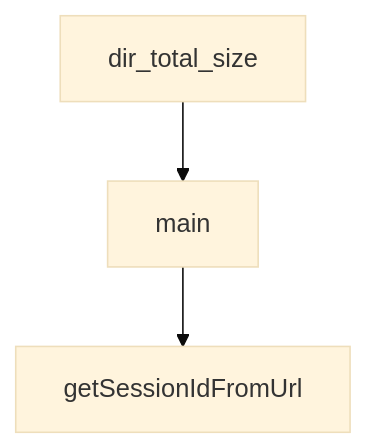
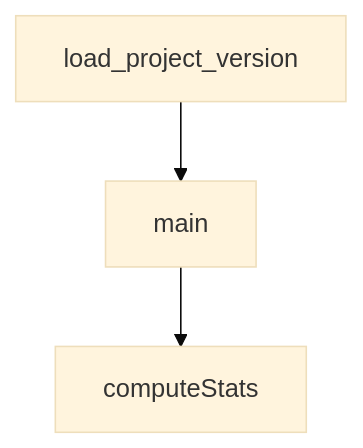
One commit to johnxie/awesome-code-docs changed the diagram in tutorials/kimi-cli-tutorial/04-mcp-tooling-and-security-model.md. Above: the diagram before and after it, drawn with Mermaid (base theme). The commit also changed other lines of this file and 1232 other files, not shown here.

````diff
--- a/tutorials/kimi-cli-tutorial/04-mcp-tooling-and-security-model.md
+++ b/tutorials/kimi-cli-tutorial/04-mcp-tooling-and-security-model.md
@@ -172,8 +170,8 @@
 ```mermaid
 flowchart TD
-    A[dir_total_size]
+    A[load_project_version]
     B[main]
-    C[getSessionIdFromUrl]
+    C[computeStats]
     A --> B
     B --> C
 ```
````
